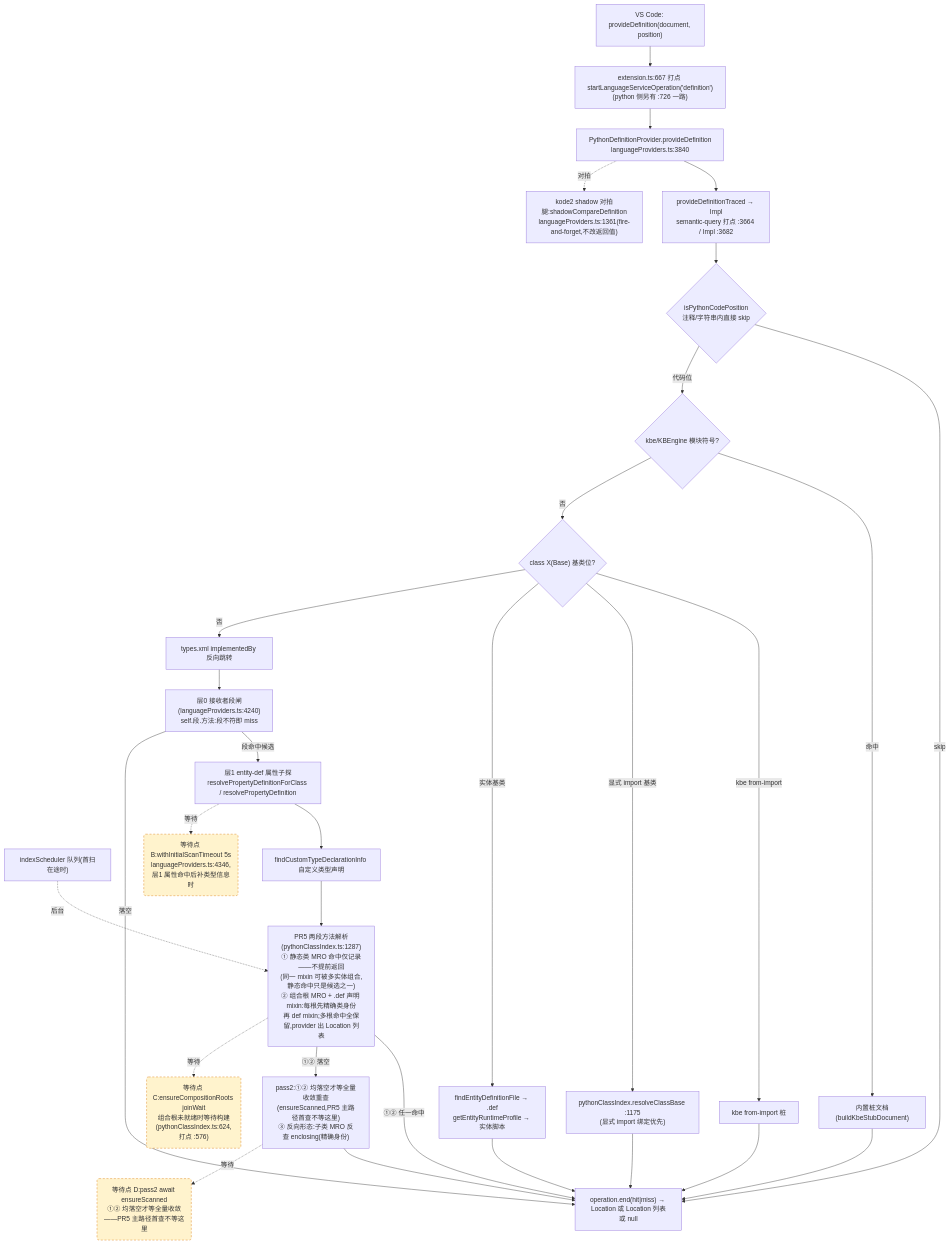
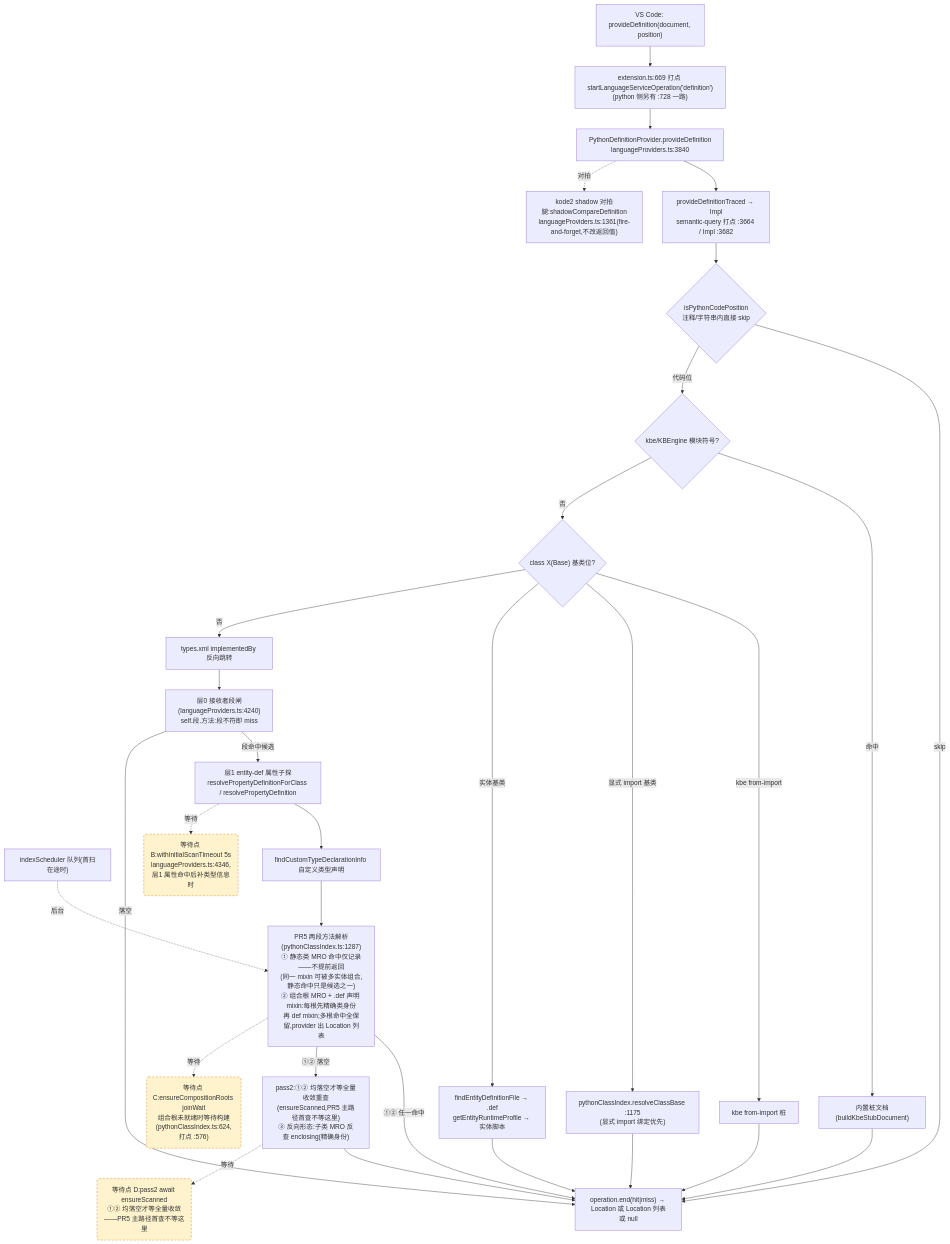
One commit to cuihairu/kode changed the second of 4 diagrams in docs/perf/2026-baseline.md. Above: the diagram before and after it, drawn with Mermaid. The commit also changed other lines of this file and 7 other files, not shown here.

````diff
--- a/docs/perf/2026-baseline.md
+++ b/docs/perf/2026-baseline.md
@@ -130,51 +130,51 @@
 ```mermaid
 flowchart TD
   VC2["VS Code: provideDefinition(document, position)"]
-  M2["extension.ts:667 打点 startLanguageServiceOperation('definition')<br/>(python 侧另有 :726 一路)"]
+  M2["extension.ts:669 打点 startLanguageServiceOperation('definition')<br/>(python 侧另有 :728 一路)"]
   AD2["PythonDefinitionProvider.provideDefinition<br/>languageProviders.ts:3840"]
   TR["provideDefinitionTraced → Impl<br/>semantic-query 打点 :3664 / Impl :3682"]
   CTX{"isPythonCodePosition<br/>注释/字符串内直接 skip"}
   KBE{"kbe/KBEngine 模块符号?"}
   STUB["内置桩文档(buildKbeStubDocument)"]
   CB{"class X(Base) 基类位?"}
   CB1["kbe from-import 桩"]
   CB2["pythonClassIndex.resolveClassBase :1175<br/>(显式 import 绑定优先)"]
   CB3["findEntityDefinitionFile → .def<br/>getEntityRuntimeProfile → 实体脚本"]
   REV["types.xml implementedBy 反向跳转"]
   L0["层0 接收者段闸(languageProviders.ts:4240)<br/>self.段.方法:段不符即 miss"]
   L1["层1 entity-def 属性子探<br/>resolvePropertyDefinitionForClass / resolvePropertyDefinition"]
   SCAN["indexScheduler 队列(首扫在途时)"]
   TY["findCustomTypeDeclarationInfo 自定义类型声明"]
   MRO["PR5 两段方法解析(pythonClassIndex.ts:1287)<br/>① 静态类 MRO 命中仅记录——不提前返回<br/>(同一 mixin 可被多实体组合,静态命中只是候选之一)<br/>② 组合根 MRO + .def 声明 mixin:每根先精确类身份<br/>再 def mixin;多根命中全保留,provider 出 Location 列表"]
   PASS2["pass2:①② 均落空才等全量收敛重查<br/>(ensureScanned,PR5 主路径首查不等这里)<br/>③ 反向形态:子类 MRO 反查 enclosing(精确身份)"]
   SHD["kode2 shadow 对拍腿:shadowCompareDefinition<br/>languageProviders.ts:1361(fire-and-forget,不改返回值)"]
   END2["operation.end(hit|miss) → Location 或 Location 列表或 null"]
 
   VC2 --> M2 --> AD2 --> TR --> CTX
   CTX -- "skip" --> END2
   CTX -- "代码位" --> KBE
   KBE -- "命中" --> STUB --> END2
   KBE -- "否" --> CB
   CB -- "kbe from-import" --> CB1 --> END2
   CB -- "显式 import 基类" --> CB2 --> END2
   CB -- "实体基类" --> CB3 --> END2
   CB -- "否" --> REV --> L0
   L0 -- "段命中候选" --> L1
   L0 -- "落空" --> END2
   L1 --> TY
   TY --> MRO
   MRO -- "①② 任一命中" --> END2
   MRO -- "①② 落空" --> PASS2 --> END2
   AD2 -.->|对拍| SHD
 
   WAITB("等待点 B:withInitialScanTimeout 5s<br/>languageProviders.ts:4346,层1 属性命中后补类型信息时")
   WAITC("等待点 C:ensureCompositionRoots joinWait<br/>组合根未就绪时等待构建(pythonClassIndex.ts:624,打点 :576)")
   WAITD("等待点 D:pass2 await ensureScanned<br/>①② 均落空才等全量收敛——PR5 主路径首查不等这里")
   L1 -.->|等待| WAITB
   MRO -.->|等待| WAITC
   PASS2 -.->|等待| WAITD
   SCAN -.->|后台| MRO
 
   classDef waitPoint fill:#fff3cd,stroke:#d97706,stroke-dasharray:5 4;
   class WAITB,WAITC,WAITD waitPoint;
 ```
````
